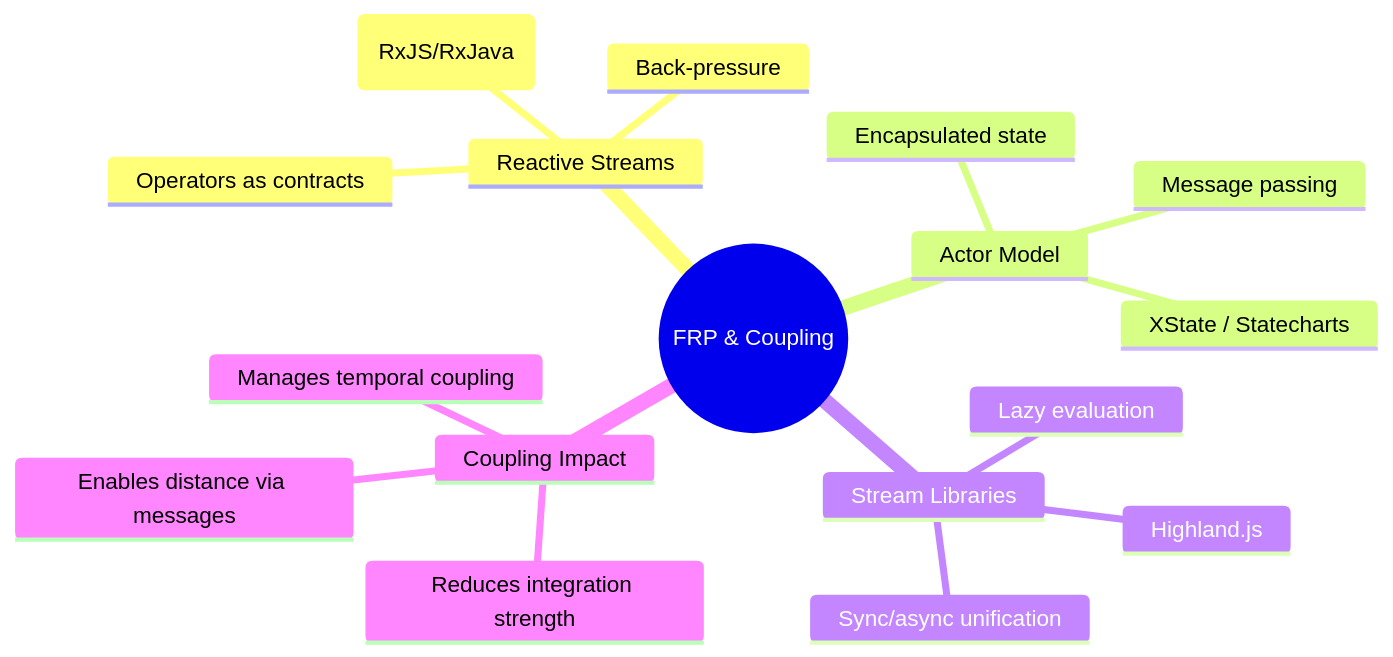
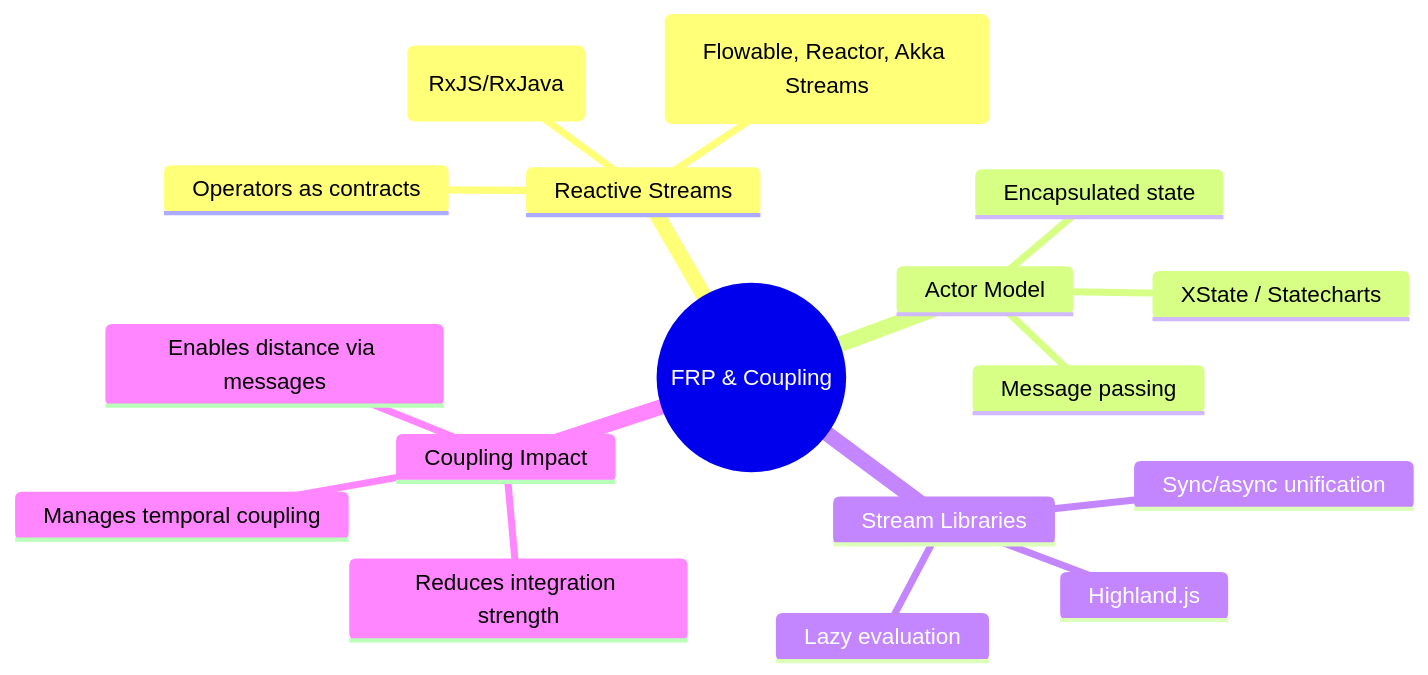
One commit to anaerobic/coupling changed the first of 14 diagrams in functional-reactive-coupling.md. Above: the diagram before and after it, drawn with Mermaid. The commit also changed other lines of this file and 8 other files, not shown here.

````diff
--- a/functional-reactive-coupling.md
+++ b/functional-reactive-coupling.md
@@ -43,20 +45,20 @@
 ```mermaid
 mindmap
   root((FRP & Coupling))
     Reactive Streams
       Observables (RxJS/RxJava)
-      Back-pressure
+      Back-pressure (Flowable, Reactor, Akka Streams)
       Operators as contracts
     Actor Model
       Encapsulated state
       Message passing
       XState / Statecharts
     Stream Libraries
       Highland.js
       Lazy evaluation
       Sync/async unification
     Coupling Impact
       Reduces integration strength
       Manages temporal coupling
       Enables distance via messages
 ```
````
